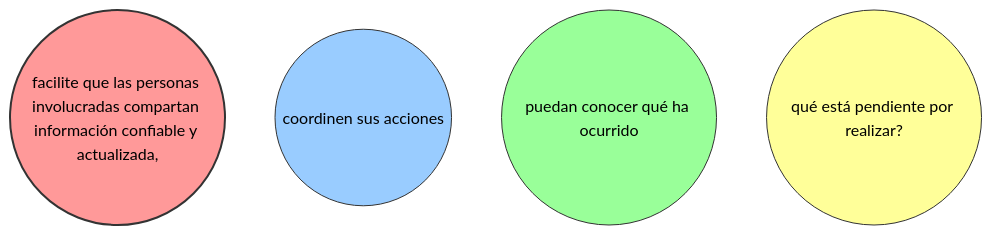
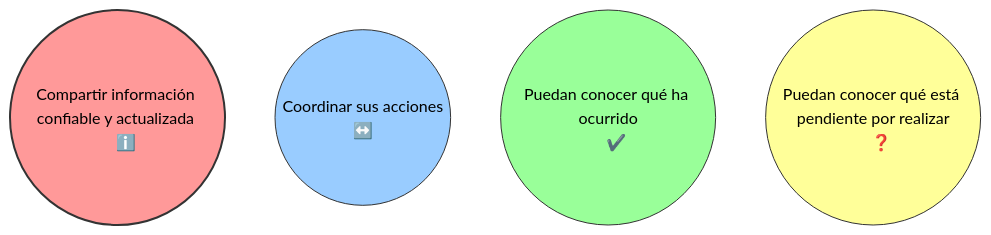
Before and after one commit to JhalexR/learning-journey: the eighth of 8 diagrams in Knowledge Base/2 Articulos e investigaciones/3. Hospitalización y Software.md, drawn with Mermaid. The commit also changed other lines of this file, not shown here.

````diff
--- a/Knowledge Base/2 Articulos e investigaciones/3. Hospitalización y Software.md
+++ b/Knowledge Base/2 Articulos e investigaciones/3. Hospitalización y Software.md
@@ -261,13 +261,17 @@
 ```mermaid
 flowchart 
 
-    A((facilite que las personas involucradas compartan información confiable y actualizada,))
-    B((coordinen sus acciones ))
-    C((puedan conocer qué ha ocurrido ))
-    D((qué está pendiente por realizar?))  
+    A((Compartir información confiable y actualizada 
+    ℹ️))
+    B((Coordinar sus acciones
+    ↔️))
+    C((Puedan conocer qué ha ocurrido
+    ✔️))
+    D((Puedan conocer qué está pendiente por realizar
+    ❓))  
 
     style A fill:#ff9999,stroke:#333,stroke-width:2px,color:#000000
     style B fill:#99ccff,stroke:#333,stroke-width:1px,color:#000000
     style C fill:#99ff99,stroke:#333,stroke-width:1px,color:#000000
     style D fill:#ffff99,stroke:#333,stroke-width:1px,color:#000000
 ```
````
